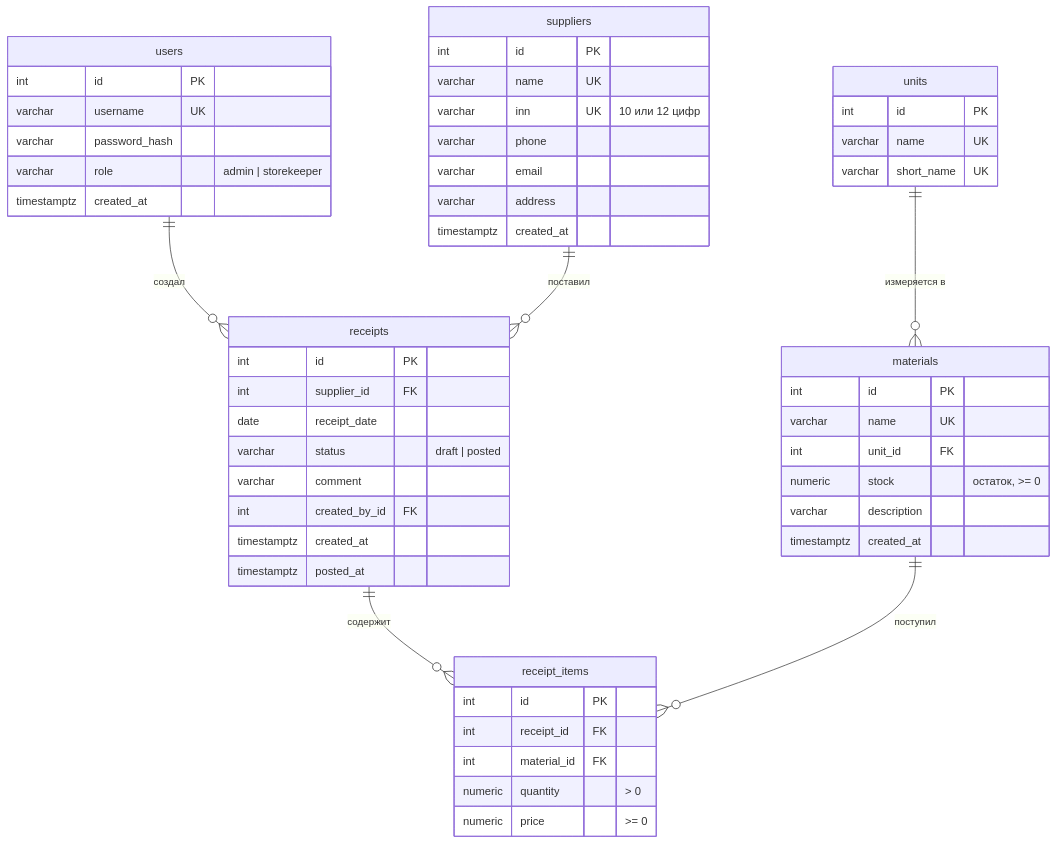
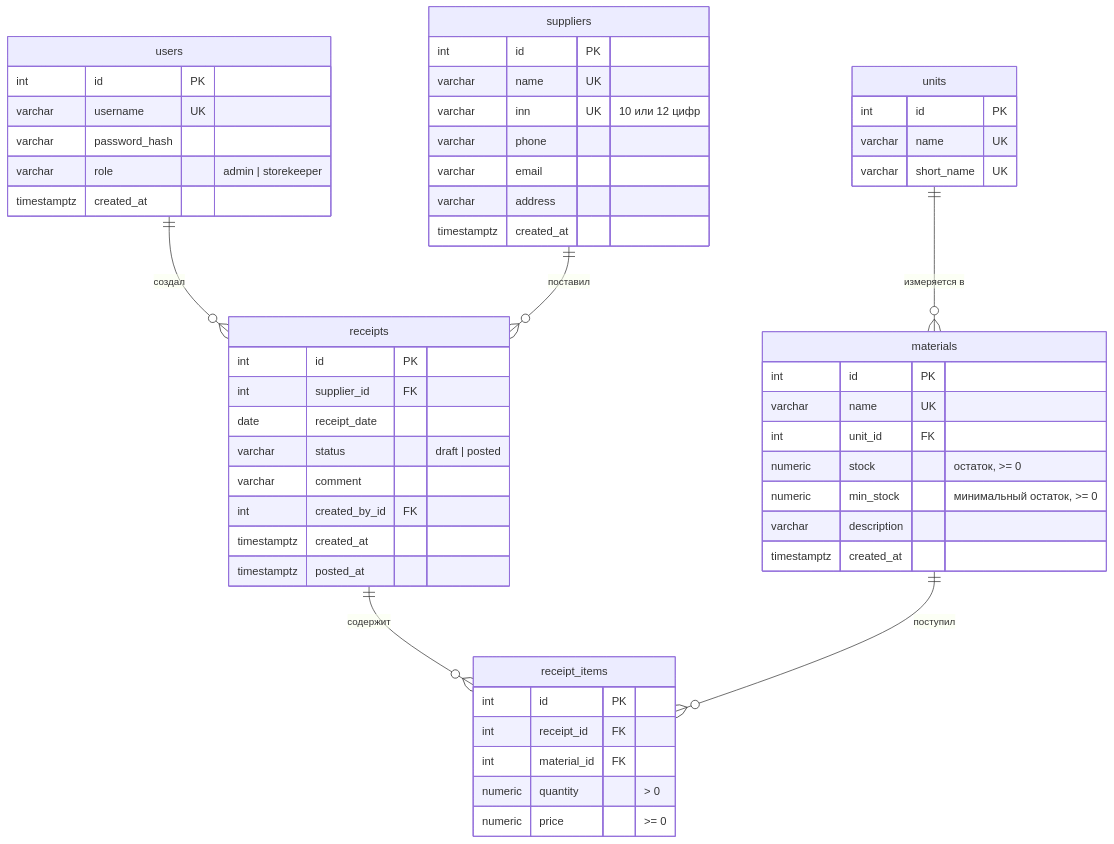
The diagram in docs/schema.md (Farf0r/sklad), drawn with Mermaid before and after one commit. The commit also changed other lines of this file and 3 other files, not shown here.

Commit message:
docs: минимальный остаток и миграции

````diff
--- a/docs/schema.md
+++ b/docs/schema.md
@@ -5,55 +5,56 @@
 ```mermaid
 erDiagram
     users ||--o{ receipts : "создал"
     units ||--o{ materials : "измеряется в"
     suppliers ||--o{ receipts : "поставил"
     receipts ||--o{ receipt_items : "содержит"
     materials ||--o{ receipt_items : "поступил"
 
     users {
         int id PK
         varchar username UK
         varchar password_hash
         varchar role "admin | storekeeper"
         timestamptz created_at
     }
     units {
         int id PK
         varchar name UK
         varchar short_name UK
     }
     materials {
         int id PK
         varchar name UK
         int unit_id FK
         numeric stock "остаток, >= 0"
+        numeric min_stock "минимальный остаток, >= 0"
         varchar description
         timestamptz created_at
     }
     suppliers {
         int id PK
         varchar name UK
         varchar inn UK "10 или 12 цифр"
         varchar phone
         varchar email
         varchar address
         timestamptz created_at
     }
     receipts {
         int id PK
         int supplier_id FK
         date receipt_date
         varchar status "draft | posted"
         varchar comment
         int created_by_id FK
         timestamptz created_at
         timestamptz posted_at
     }
     receipt_items {
         int id PK
         int receipt_id FK
         int material_id FK
         numeric quantity "> 0"
         numeric price ">= 0"
     }
 ```
````
